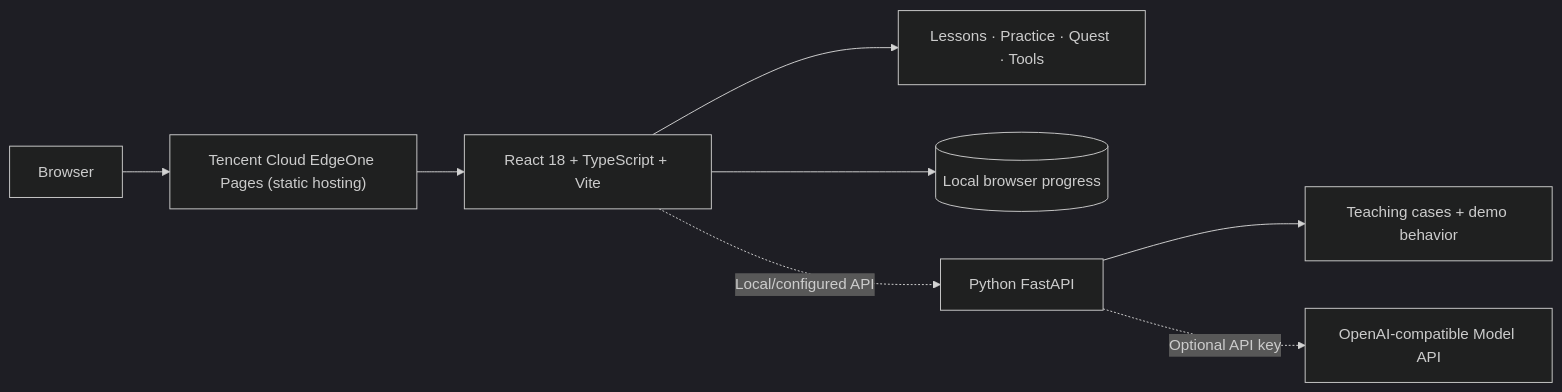
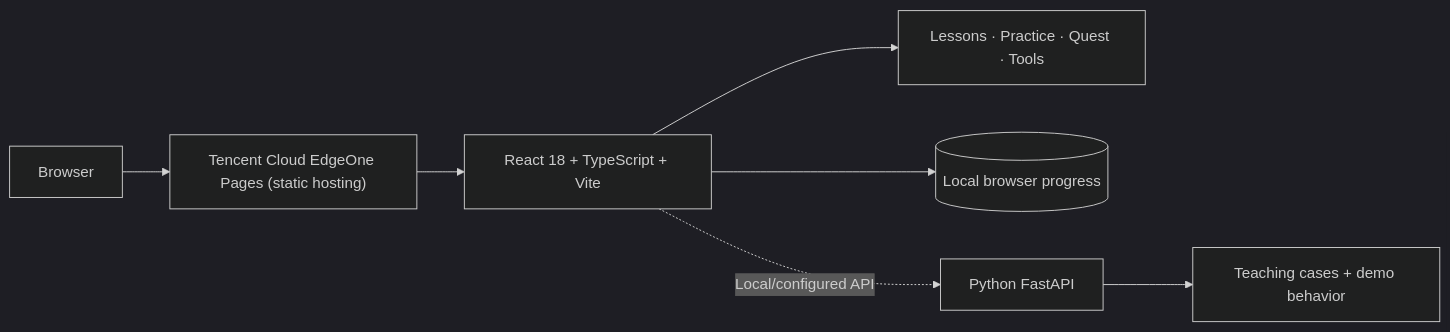
Before and after one commit to Xiaotian69/modelingbridge: the second of 2 diagrams in README.en.md, drawn with Mermaid (dark theme). The commit also changed other lines of this file and 16 other files, not shown here.

````diff
--- a/README.en.md
+++ b/README.en.md
@@ -180,10 +180,9 @@
 ```mermaid
 flowchart LR
     U["Browser"] --> E["Tencent Cloud EdgeOne Pages (static hosting)"]
     E --> W["React 18 + TypeScript + Vite"]
     W --> I["Lessons · Practice · Quest · Tools"]
     W --> L[("Local browser progress")]
     W -. "Local/configured API" .-> A["Python FastAPI"]
     A --> C["Teaching cases + demo behavior"]
-    A -. "Optional API key" .-> M["OpenAI-compatible Model API"]
 ```
````
